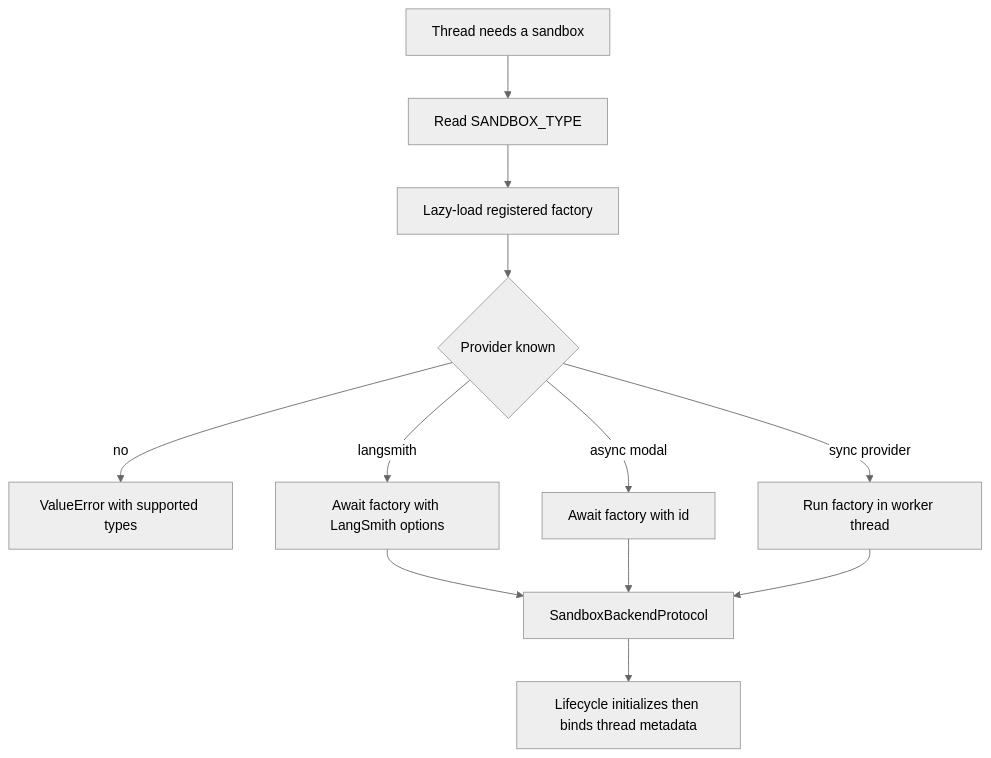
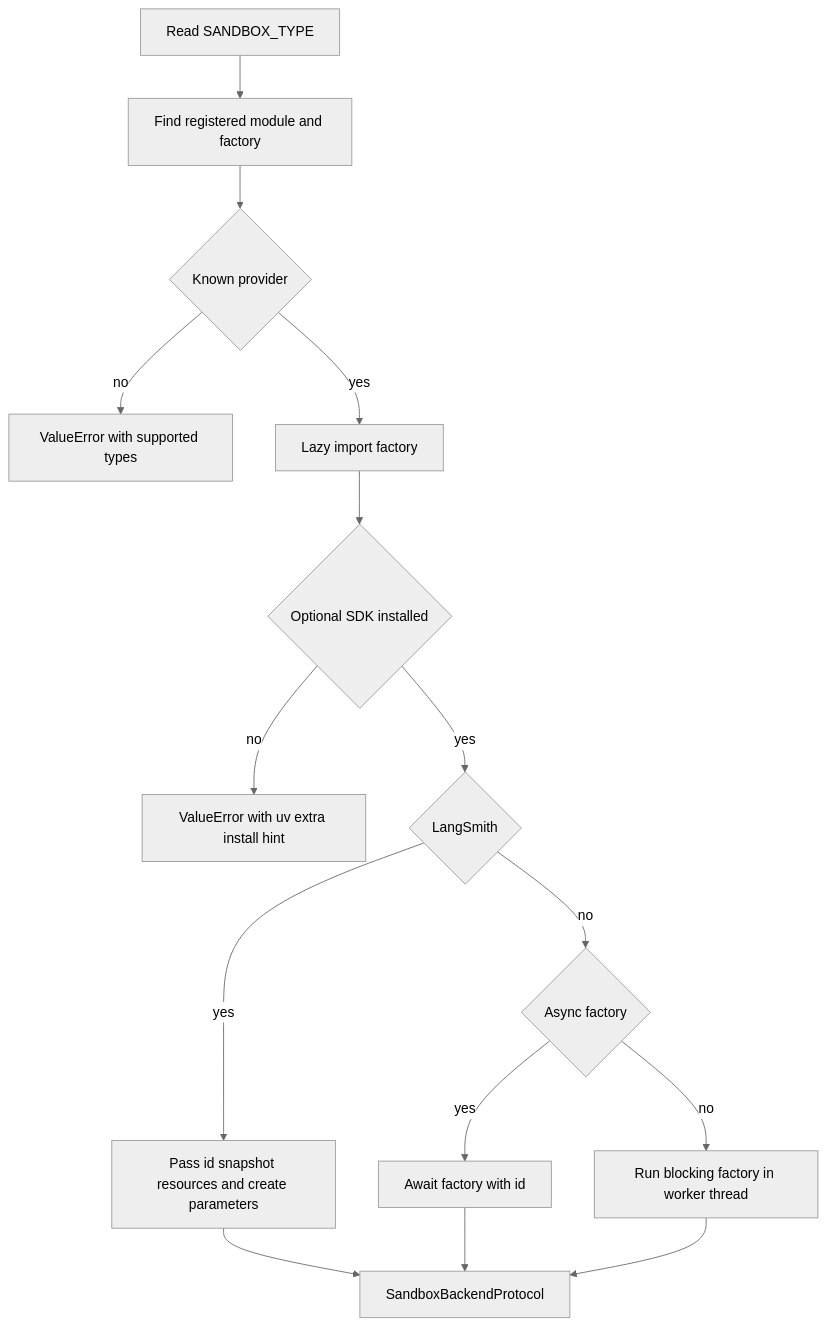
Before and after one commit to langchain-ai/open-swe: the first of 3 diagrams in openwiki/integrations/sandbox-providers.md, drawn with Mermaid (neutral theme). The commit also changed other lines of this file and 55 other files, not shown here.

````diff
--- a/openwiki/integrations/sandbox-providers.md
+++ b/openwiki/integrations/sandbox-providers.md
@@ -59,14 +53,17 @@
 ```mermaid
 flowchart TD
-    Request["Thread needs a sandbox"] --> Select["Read SANDBOX_TYPE"]
-    Select --> Lookup["Lazy-load registered factory"]
-    Lookup --> Known{"Provider known"}
-    Known -->|"no"| Invalid["ValueError with supported types"]
-    Known -->|"langsmith"| LS["Await factory with LangSmith options"]
-    Known -->|"async modal"| Modal["Await factory with id"]
-    Known -->|"sync provider"| Worker["Run factory in worker thread"]
-    LS --> Backend["SandboxBackendProtocol"]
-    Modal --> Backend
-    Worker --> Backend
-    Backend --> Bind["Lifecycle initializes then binds thread metadata"]
+    A["Read SANDBOX_TYPE"] --> B["Find registered module and factory"]
+    B --> C{"Known provider"}
+    C -->|"no"| D["ValueError with supported types"]
+    C -->|"yes"| E["Lazy import factory"]
+    E --> F{"Optional SDK installed"}
+    F -->|"no"| G["ValueError with uv extra install hint"]
+    F -->|"yes"| H{"LangSmith"}
+    H -->|"yes"| I["Pass id snapshot resources and create parameters"]
+    H -->|"no"| J{"Async factory"}
+    J -->|"yes"| K["Await factory with id"]
+    J -->|"no"| L["Run blocking factory in worker thread"]
+    I --> M["SandboxBackendProtocol"]
+    K --> M
+    L --> M
 ```
````
